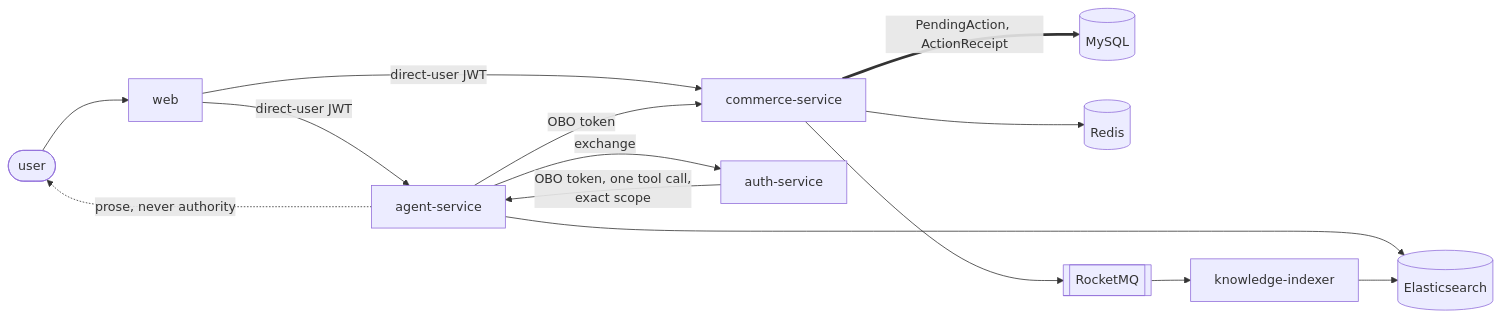
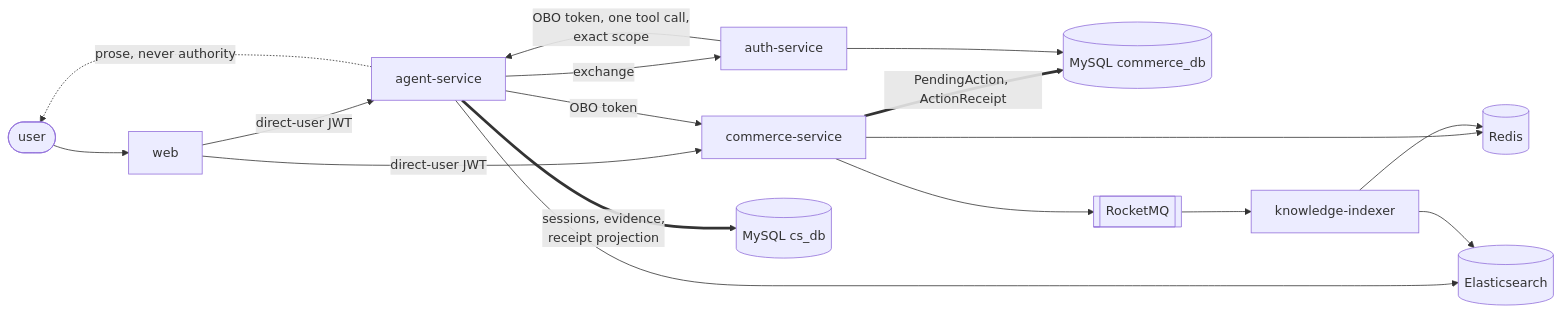
One commit to ChanTso/citybuddy changed the diagram in README.md. Above: the diagram before and after it, drawn with Mermaid. The commit also changed other lines of this file and 2 other files, not shown here.

````diff
--- a/README.md
+++ b/README.md
@@ -13,16 +13,19 @@
 ```mermaid
 flowchart LR
     U([user]) --> W[web]
     W -->|direct-user JWT| A[agent-service]
     W -->|direct-user JWT| C[commerce-service]
     A -->|exchange| AU[auth-service]
     AU -->|OBO token, one tool call,<br/>exact scope| A
     A -->|OBO token| C
     A -.->|prose, never authority| U
-    C ==>|PendingAction, ActionReceipt| M[(MySQL)]
+    C ==>|PendingAction, ActionReceipt| M[(MySQL commerce_db)]
+    A ==>|sessions, evidence,<br/>receipt projection| S[(MySQL cs_db)]
+    AU --> M
     A --> E[(Elasticsearch)]
     C --> R[(Redis)]
+    K[knowledge-indexer] --> E
+    K --> R
     C --> Q[[RocketMQ]]
-    K[knowledge-indexer] --> E
     Q --> K
 ```
````
